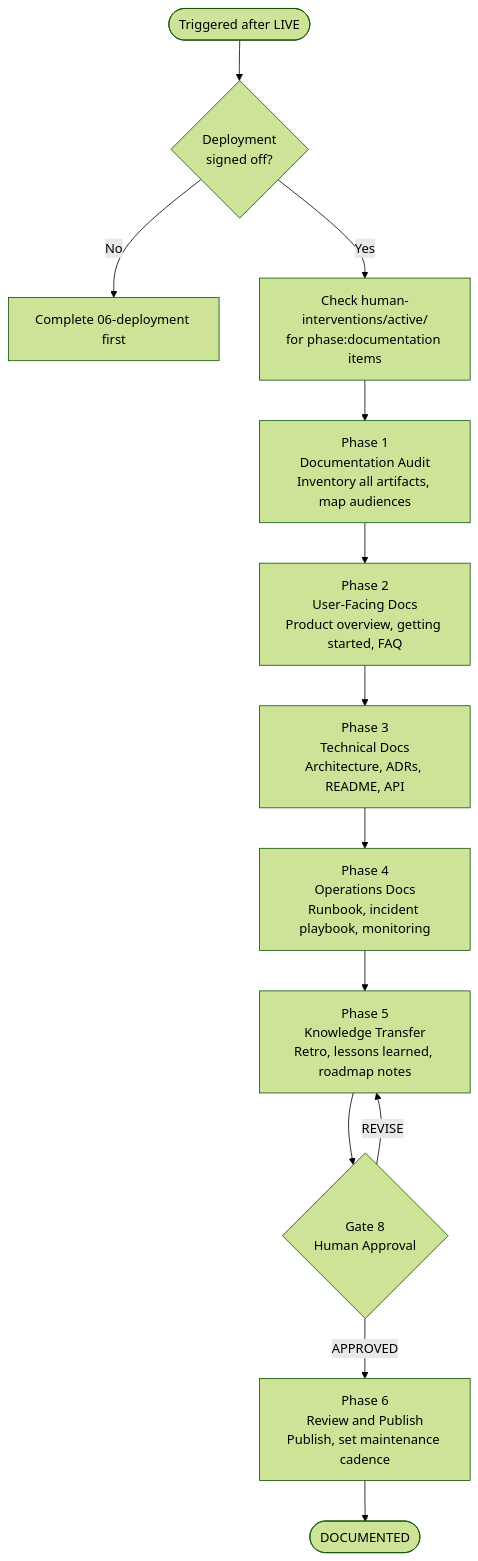
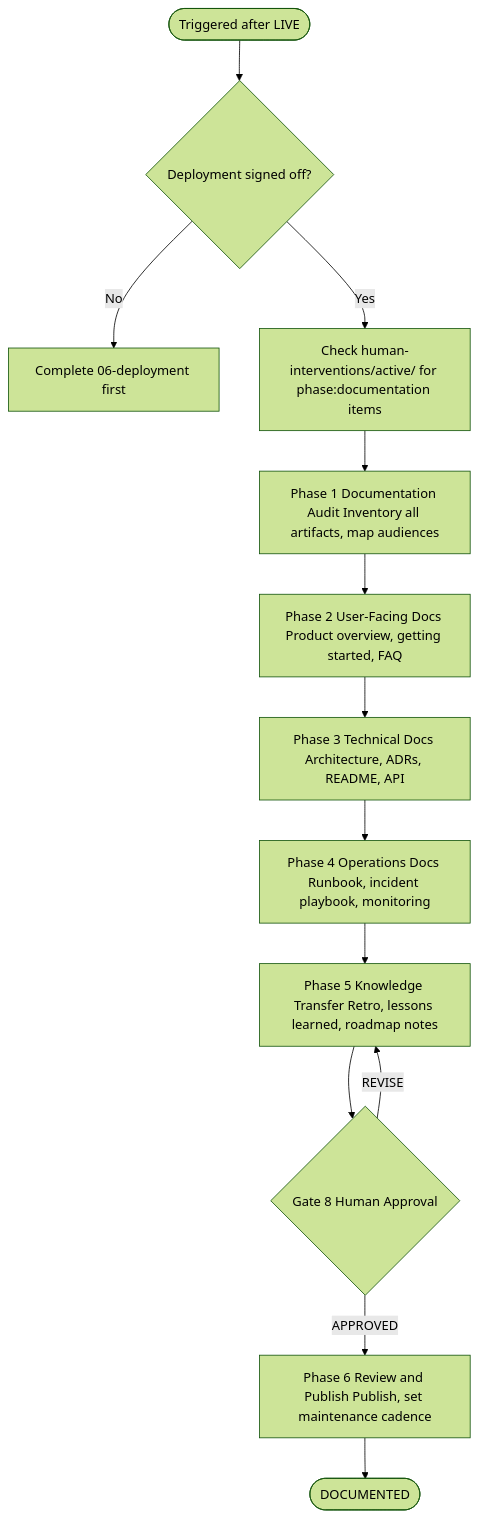
One commit to ivanyeors/product-agentic-templates changed the first of 2 diagrams in .cursor/skills/08-documentation/SKILL.md. Above: the diagram before and after it, drawn with Mermaid (forest theme). The commit also changed other lines of this file and 39 other files, not shown here.

````diff
--- a/.cursor/skills/08-documentation/SKILL.md
+++ b/.cursor/skills/08-documentation/SKILL.md
@@ -36,15 +36,15 @@
 ```mermaid
 flowchart TD
-    start([Triggered after LIVE]) --> prereq{Deployment\nsigned off?}
+    start([Triggered after LIVE]) --> prereq{Deployment signed off?}
     prereq -->|No| block[Complete 06-deployment first]
-    prereq -->|Yes| hi_check[Check human-interventions/active/\nfor phase:documentation items]
-    hi_check --> s1[Phase 1\nDocumentation Audit\nInventory all artifacts, map audiences]
-    s1 --> s2[Phase 2\nUser-Facing Docs\nProduct overview, getting started, FAQ]
-    s2 --> s3[Phase 3\nTechnical Docs\nArchitecture, ADRs, README, API]
-    s3 --> s4[Phase 4\nOperations Docs\nRunbook, incident playbook, monitoring]
-    s4 --> s5[Phase 5\nKnowledge Transfer\nRetro, lessons learned, roadmap notes]
-    s5 --> gate{Gate 8\nHuman Approval}
-    gate -->|APPROVED| s6[Phase 6\nReview and Publish\nPublish, set maintenance cadence]
+    prereq -->|Yes| hi_check[Check human-interventions/active/ for phase:documentation items]
+    hi_check --> s1[Phase 1 Documentation Audit Inventory all artifacts, map audiences]
+    s1 --> s2[Phase 2 User-Facing Docs Product overview, getting started, FAQ]
+    s2 --> s3[Phase 3 Technical Docs Architecture, ADRs, README, API]
+    s3 --> s4[Phase 4 Operations Docs Runbook, incident playbook, monitoring]
+    s4 --> s5[Phase 5 Knowledge Transfer Retro, lessons learned, roadmap notes]
+    s5 --> gate{Gate 8 Human Approval}
+    gate -->|APPROVED| s6[Phase 6 Review and Publish Publish, set maintenance cadence]
     gate -->|REVISE| s5
     s6 --> done([DOCUMENTED])
 ```
````
